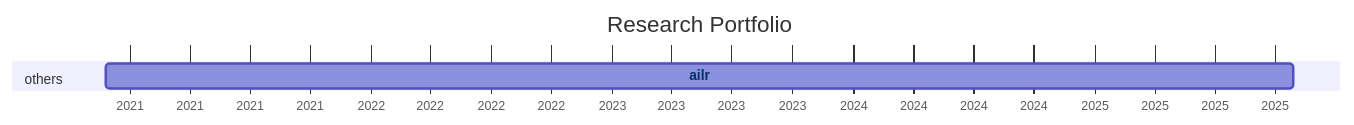
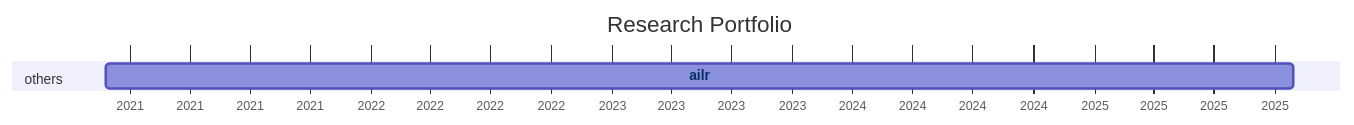
The diagram in docs/20-research/25-projects-gantt.md (digital-work-lab/handbook), drawn with Mermaid before and after one commit.

Commit message:
Update repository overview

````diff
--- a/docs/20-research/25-projects-gantt.md
+++ b/docs/20-research/25-projects-gantt.md
@@ -8,21 +8,21 @@
 ```mermaid
 ---
 displayMode: compact
 ---
 gantt
 title Research Portfolio
 dateFormat YYYY-MM-DD
 axisFormat %Y
 
     section work_practices
 
     section distributed_organizing
 
     section knowledge_synthesis
 
     section others
-        ailr :ailr, 2020-11-26, 2025-10-29
+        ailr :ailr, 2020-11-26, 2025-10-30
 
 
     click ailr href "{{ site.baseurl }}/docs/10-lab/18-resources/ailr.html"
 ```
````
